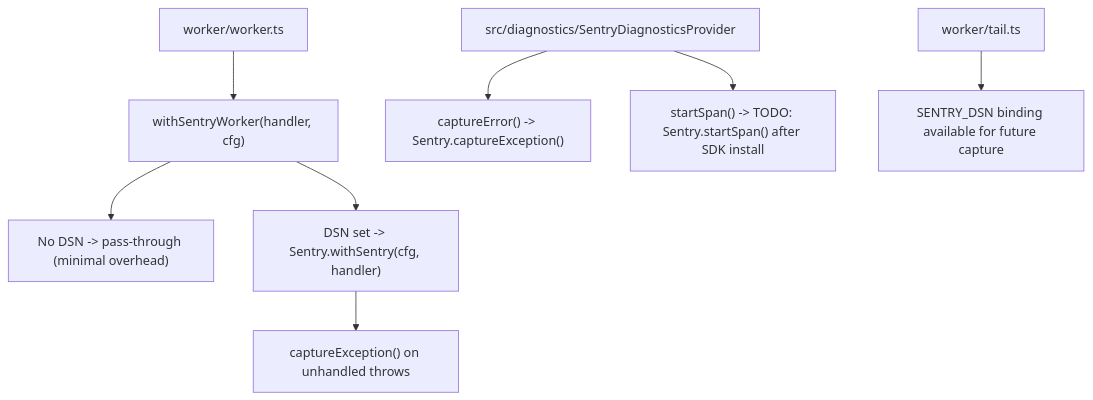
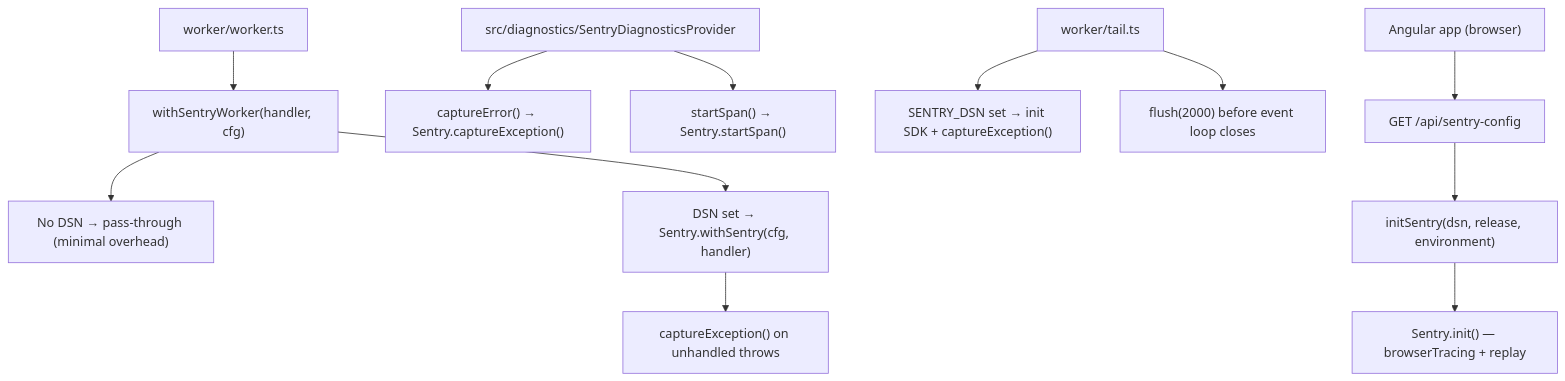
The diagram in docs/observability/SENTRY.md (jaypatrick/adblock-compiler), drawn with Mermaid before and after one commit. The commit also changed other lines of this file and 4 other files, not shown here.

First line of the commit message:
docs(sentry): add best practices guide, Zod validation schema, and tail worker handler tests

````diff
--- a/docs/observability/SENTRY.md
+++ b/docs/observability/SENTRY.md
@@ -27,10 +27,14 @@
 ```mermaid
 flowchart TD
     worker["worker/worker.ts"] --> wrapper["withSentryWorker(handler, cfg)"]
-    wrapper --> noDsn["No DSN -> pass-through (minimal overhead)"]
-    wrapper --> withDsn["DSN set -> Sentry.withSentry(cfg, handler)"]
+    wrapper --> noDsn["No DSN → pass-through (minimal overhead)"]
+    wrapper --> withDsn["DSN set → Sentry.withSentry(cfg, handler)"]
     withDsn --> capture["captureException() on unhandled throws"]
-    provider["src/diagnostics/SentryDiagnosticsProvider"] --> captureError["captureError() -> Sentry.captureException()"]
-    provider --> startSpan["startSpan() -> TODO: Sentry.startSpan() after SDK install"]
-    tail["worker/tail.ts"] --> tailDsn["SENTRY_DSN binding available for future capture"]
+    provider["src/diagnostics/SentryDiagnosticsProvider"] --> captureError["captureError() → Sentry.captureException()"]
+    provider --> startSpan["startSpan() → Sentry.startSpan()"]
+    tail["worker/tail.ts"] --> tailSentry["SENTRY_DSN set → init SDK + captureException()"]
+    tail --> tailFlush["flush(2000) before event loop closes"]
+    frontend["Angular app (browser)"] --> sentryConfig["GET /api/sentry-config"]
+    sentryConfig --> initSentry["initSentry(dsn, release, environment)"]
+    initSentry --> rum["Sentry.init() — browserTracing + replay"]
 ```
````
